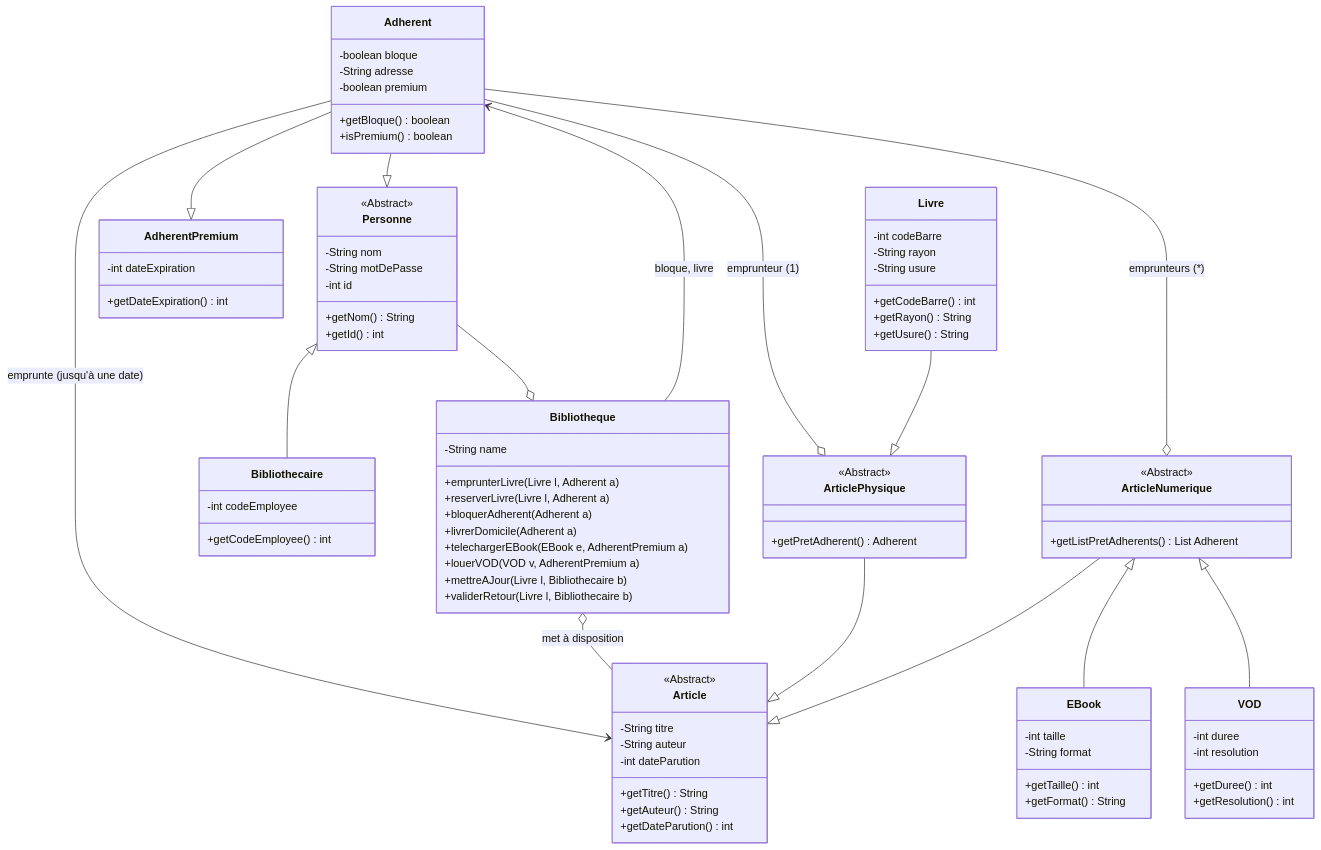
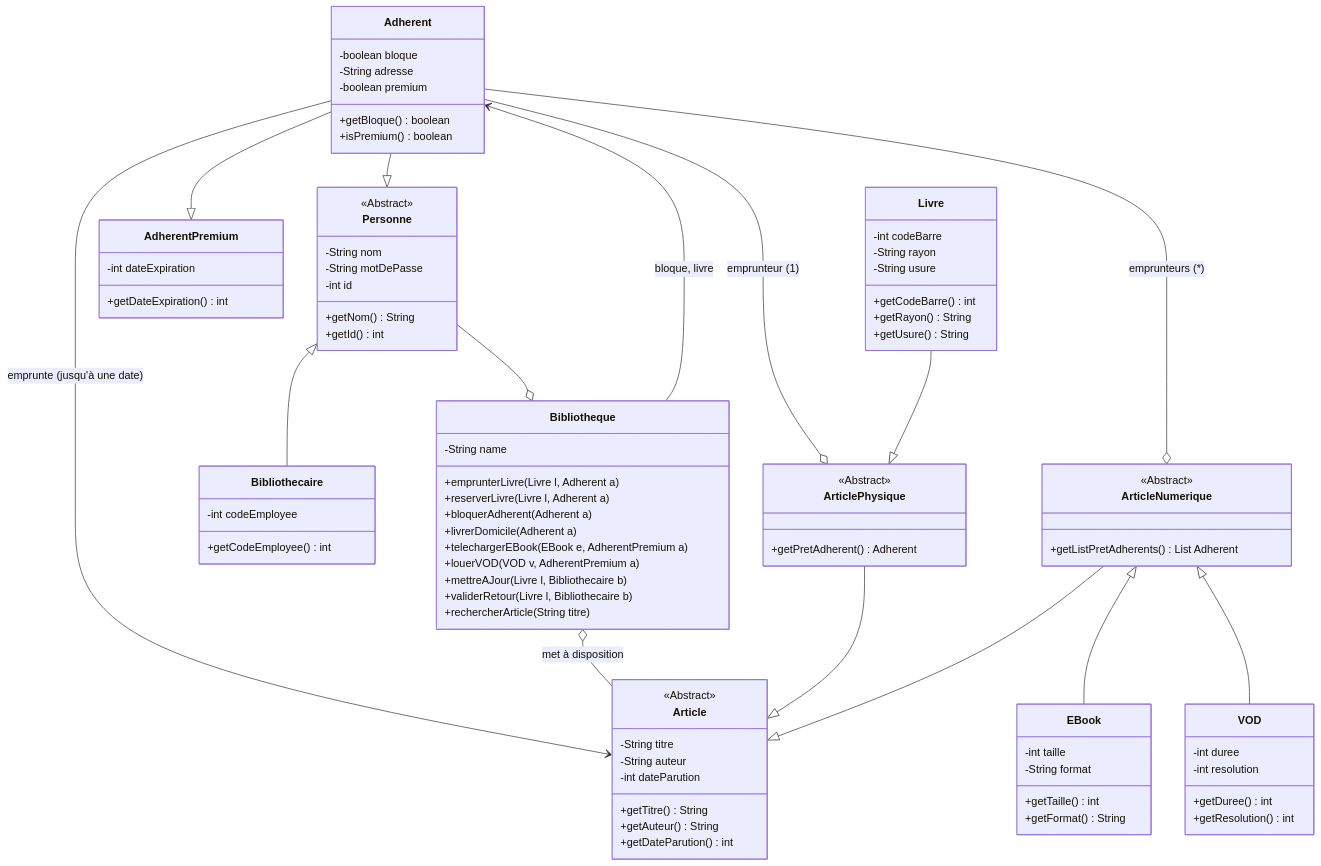
The third of 3 diagrams in README.md (QDeh/OmniLib), drawn with Mermaid before and after one commit.

Commit message:
doc: ajout de la recherche d'article

```diff
--- a/README.md
+++ b/README.md
@@ -142,6 +142,7 @@
         +louerVOD(VOD v, AdherentPremium a)
         +mettreAJour(Livre l, Bibliothecaire b)
         +validerRetour(Livre l, Bibliothecaire b)
+        +rechercherArticle(String titre)
 
     }
 
```
